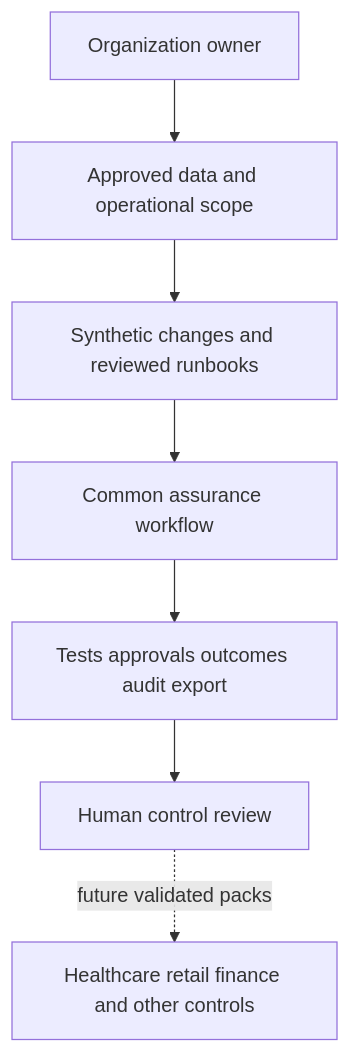
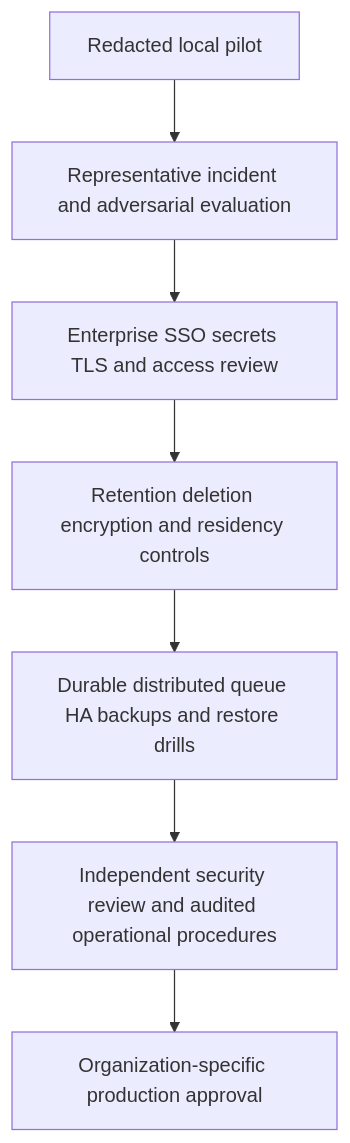
Before and after one commit to anil7000/changeguard: the sixth of 6 diagrams in README.md, drawn with Mermaid. The commit also changed other lines of this file and 29 other files, not shown here.

Commit message:
feat: add grounded agentic incident investigation with mandatory local AI

````diff
--- a/README.md
+++ b/README.md
@@ -129,9 +144,9 @@
 ```mermaid
 flowchart TB
-  Owner[Organization owner] --> Scope[Approved data and operational scope]
-  Scope --> Input[Synthetic changes and reviewed runbooks]
-  Input --> Workflow[Common assurance workflow]
-  Workflow --> Evidence[Tests approvals outcomes audit export]
-  Evidence --> Review[Human control review]
-  Review -. future validated packs .-> Sectors[Healthcare retail finance and other controls]
+  Pilot[Redacted local pilot] --> Eval[Representative incident and adversarial evaluation]
+  Eval --> Identity[Enterprise SSO secrets TLS and access review]
+  Identity --> Data[Retention deletion encryption and residency controls]
+  Data --> Reliability[Durable distributed queue HA backups and restore drills]
+  Reliability --> Assurance[Independent security review and audited operational procedures]
+  Assurance --> Approval[Organization-specific production approval]
 ```
````
